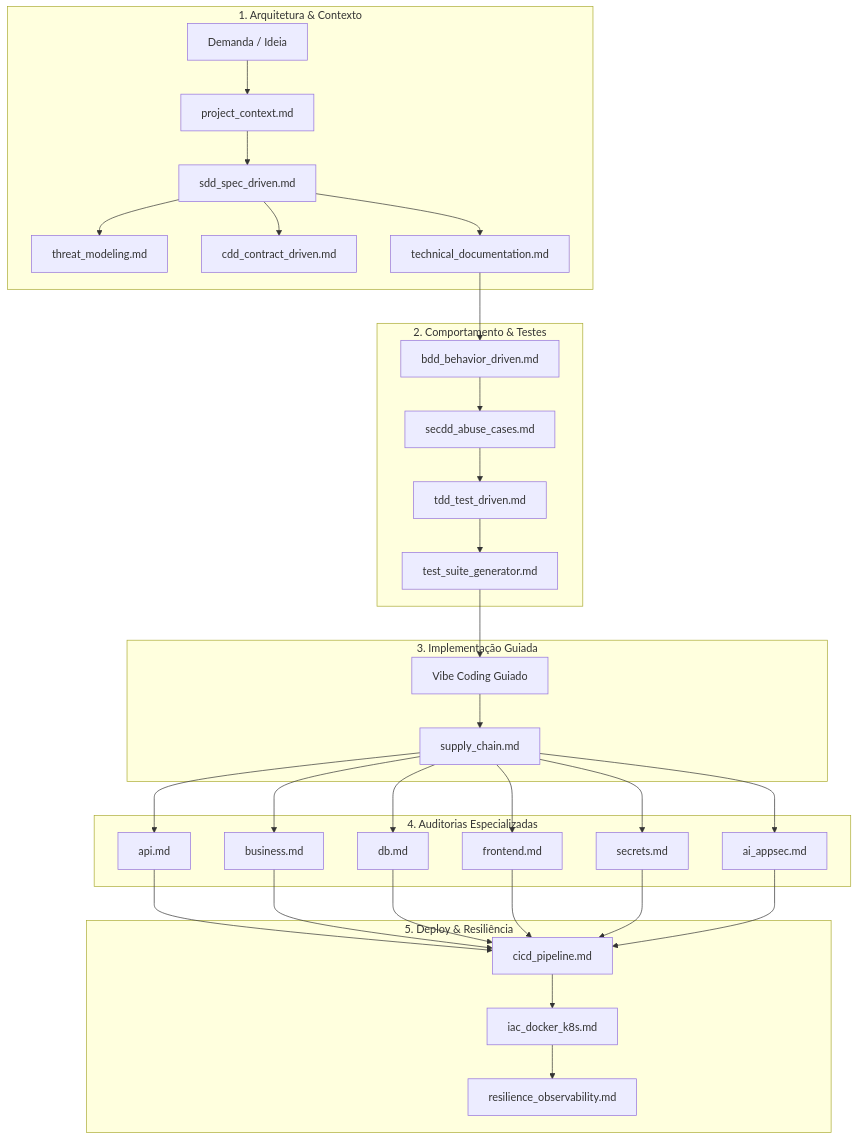
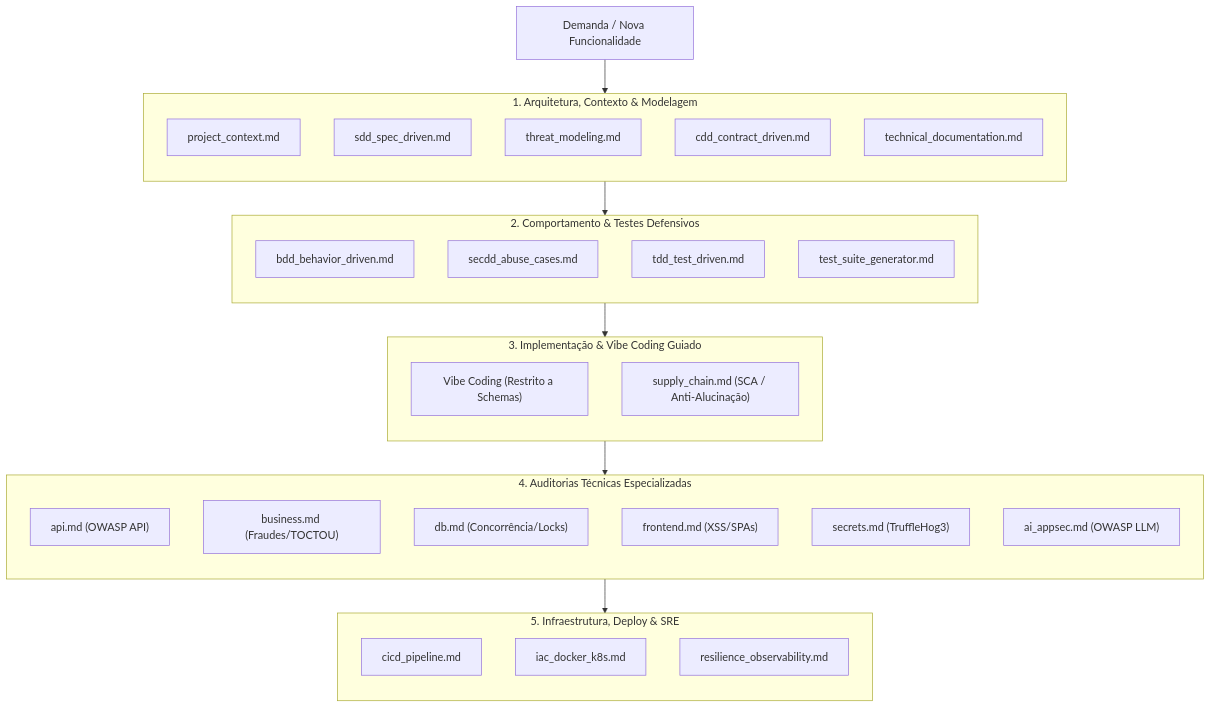
Before and after one commit to brunoez/prompts: the diagram in README.md, drawn with Mermaid.

Commit message:
fix(docs): update mermaid to modular flowchart TD supported by github

````diff
--- a/README.md
+++ b/README.md
@@ -87,42 +87,48 @@
 ```mermaid
-graph TD
-    subgraph F1["1. Arquitetura & Contexto"]
-        A["Demanda / Ideia"] --> B0["project_context.md"]
-        B0 --> B["sdd_spec_driven.md"]
-        B --> C["threat_modeling.md"]
-        B --> D["cdd_contract_driven.md"]
-        B --> D2["technical_documentation.md"]
+flowchart TD
+    subgraph F1["1. Arquitetura, Contexto & Modelagem"]
+        direction TB
+        B0["project_context.md"]
+        B["sdd_spec_driven.md"]
+        C["threat_modeling.md"]
+        D["cdd_contract_driven.md"]
+        D2["technical_documentation.md"]
     end
 
-    subgraph F2["2. Comportamento & Testes"]
-        D2 --> E["bdd_behavior_driven.md"]
-        E --> F["secdd_abuse_cases.md"]
-        F --> G["tdd_test_driven.md"]
-        G --> G2["test_suite_generator.md"]
+    subgraph F2["2. Comportamento & Testes Defensivos"]
+        direction TB
+        E["bdd_behavior_driven.md"]
+        F["secdd_abuse_cases.md"]
+        G["tdd_test_driven.md"]
+        G2["test_suite_generator.md"]
     end
 
-    subgraph F3["3. Implementação Guiada"]
-        G2 --> H["Vibe Coding Guiado"]
-        H --> I["supply_chain.md"]
+    subgraph F3["3. Implementação & Vibe Coding Guiado"]
+        direction TB
+        H["Vibe Coding (Restrito a Schemas)"]
+        I["supply_chain.md (SCA / Anti-Alucinação)"]
     end
 
-    subgraph F4["4. Auditorias Especializadas"]
-        I --> J1["api.md"]
-        I --> J2["business.md"]
-        I --> J3["db.md"]
-        I --> J4["frontend.md"]
-        I --> J5["secrets.md"]
-        I --> J6["ai_appsec.md"]
+    subgraph F4["4. Auditorias Técnicas Especializadas"]
+        direction TB
+        J1["api.md (OWASP API)"]
+        J2["business.md (Fraudes/TOCTOU)"]
+        J3["db.md (Concorrência/Locks)"]
+        J4["frontend.md (XSS/SPAs)"]
+        J5["secrets.md (TruffleHog3)"]
+        J6["ai_appsec.md (OWASP LLM)"]
     end
 
-    subgraph F5["5. Deploy & Resiliência"]
-        J1 --> K1["cicd_pipeline.md"]
-        J2 --> K1
-        J3 --> K1
-        J4 --> K1
-        J5 --> K1
-        J6 --> K1
-        K1 --> K2["iac_docker_k8s.md"]
-        K2 --> K3["resilience_observability.md"]
+    subgraph F5["5. Infraestrutura, Deploy & SRE"]
+        direction TB
+        K1["cicd_pipeline.md"]
+        K2["iac_docker_k8s.md"]
+        K3["resilience_observability.md"]
     end
+
+    A["Demanda / Nova Funcionalidade"] --> F1
+    F1 --> F2
+    F2 --> F3
+    F3 --> F4
+    F4 --> F5
 ```
````
